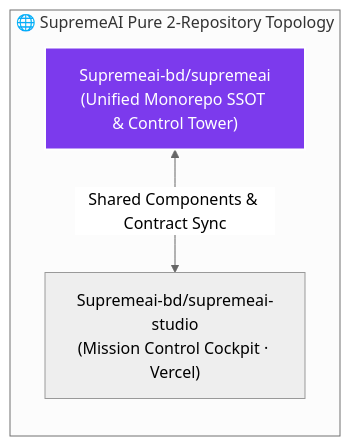
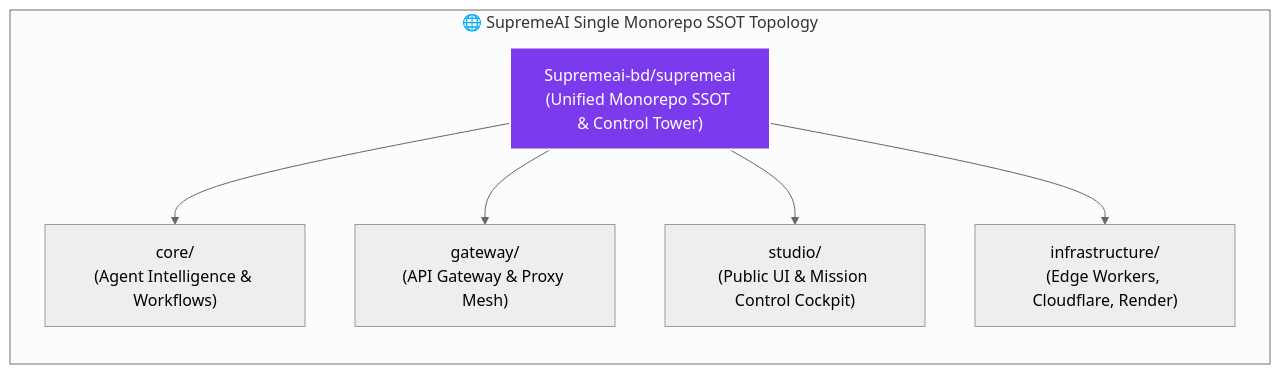
The first of 4 diagrams in README.md (Supremeai-bd/supremeai), drawn with Mermaid (neutral theme) before and after one commit. The commit also changed other lines of this file and 3 other files, not shown here.

Commit message:
docs(topology): transition architecture to pure single-monorepo SSOT (#528)

````diff
--- a/README.md
+++ b/README.md
@@ -29,19 +29,25 @@
 ```mermaid
 flowchart TD
-    subgraph FEDERATION_UNIVERSE ["🌐 SupremeAI Pure 2-Repository Topology"]
+    subgraph FEDERATION_UNIVERSE ["🌐 SupremeAI Single Monorepo SSOT Topology"]
         direction TB
         MONO["Supremeai-bd/supremeai<br>(Unified Monorepo SSOT & Control Tower)"]
-        STUDIO["Supremeai-bd/supremeai-studio<br>(Mission Control Cockpit · Vercel)"]
+        CORE["core/<br>(Agent Intelligence & Workflows)"]
+        GATEWAY["gateway/<br>(API Gateway & Proxy Mesh)"]
+        STUDIO["studio/<br>(Public UI & Mission Control Cockpit)"]
+        INFRA["infrastructure/<br>(Edge Workers, Cloudflare, Render)"]
         
-        MONO <-->|"Shared Components & Contract Sync"| STUDIO
+        MONO --> CORE
+        MONO --> GATEWAY
+        MONO --> STUDIO
+        MONO --> INFRA
     end
 
     classDef open fill:#1d76db,stroke:#fff,stroke-width:2px,color:#fff;
     classDef sats fill:#059669,stroke:#fff,stroke-width:2px,color:#fff;
     classDef mono fill:#7c3aed,stroke:#fff,stroke-width:2px,color:#fff;
     classDef archive fill:#475569,stroke:#fff,stroke-width:1px,color:#fff;
     class OPEN open;
     class S_STUDIO,S_API,S_CORE,S_BROWSER,S_VSCODE sats;
     class MONO mono;
     class ARCHIVE archive;
 ```
````
